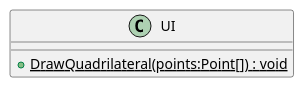
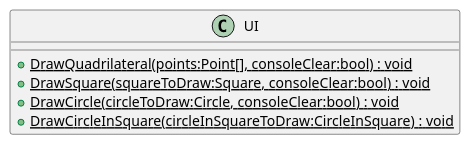
Before and after one commit to 19vano97/levelUpOOP: the diagram in plantuml/20240701_HW_Inheritence/UI.puml, drawn with PlantUML. The commit also changed 42 other files, not shown here.

```diff
--- a/plantuml/20240701_HW_Inheritence/UI.puml
+++ b/plantuml/20240701_HW_Inheritence/UI.puml
@@ -1,5 +1,8 @@
 @startuml
 class UI {
-    + {static} DrawQuadrilateral(points:Point[]) : void
+    + {static} DrawQuadrilateral(points:Point[], consoleClear:bool) : void
+    + {static} DrawSquare(squareToDraw:Square, consoleClear:bool) : void
+    + {static} DrawCircle(circleToDraw:Circle, consoleClear:bool) : void
+    + {static} DrawCircleInSquare(circleInSquareToDraw:CircleInSquare) : void
 }
 @enduml
```
